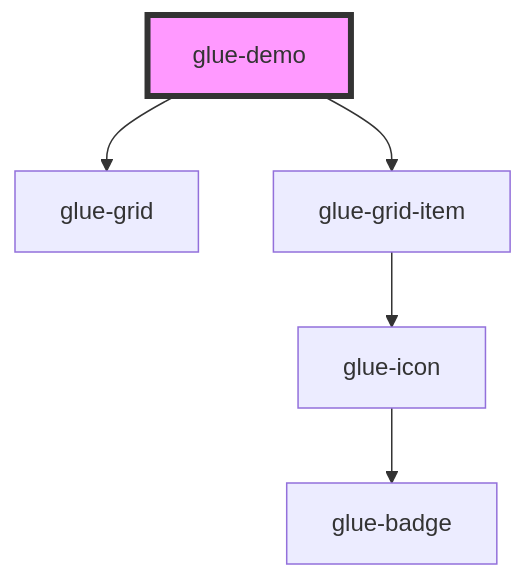
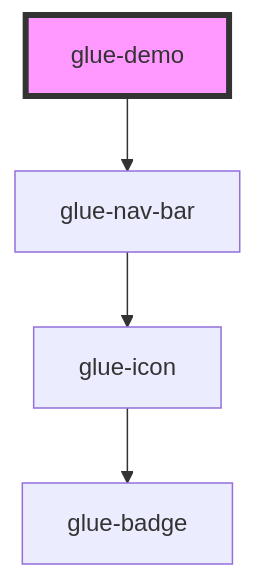
Before and after one commit to grasilife/glue: the diagram in packages/glue-components/src/components/glue-demo/readme.md, drawn with Mermaid. The commit also changed other lines of this file and 8 other files, not shown here.

Commit message:
NavBar 导航栏更新文档和demo

````diff
--- a/packages/glue-components/src/components/glue-demo/readme.md
+++ b/packages/glue-components/src/components/glue-demo/readme.md
@@ -16,8 +15,7 @@
 ```mermaid
 graph TD;
-  glue-demo --> glue-grid
-  glue-demo --> glue-grid-item
-  glue-grid-item --> glue-icon
+  glue-demo --> glue-nav-bar
+  glue-nav-bar --> glue-icon
   glue-icon --> glue-badge
   style glue-demo fill:#f9f,stroke:#333,stroke-width:4px
 ```
````
